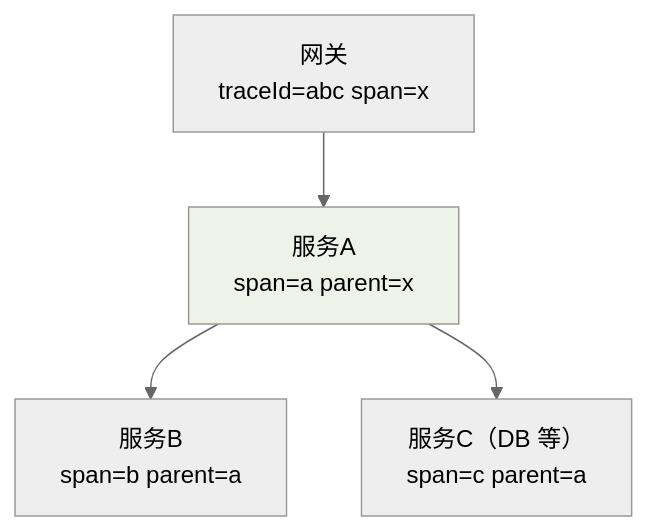
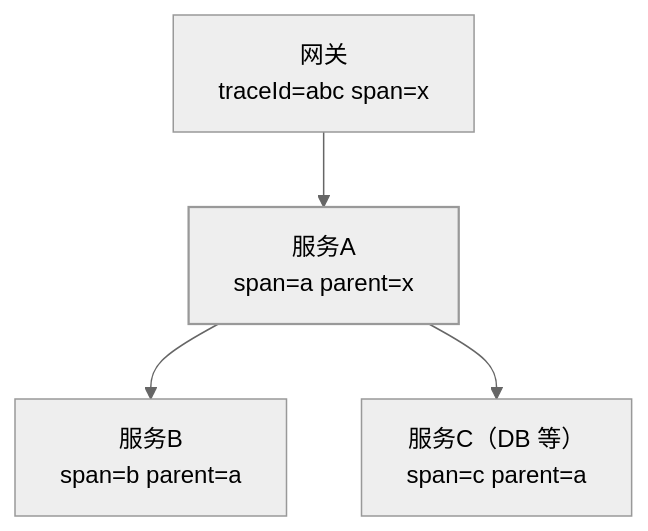
The first of 2 diagrams in src/content/docs/distributed/advanced/observability/01-distributed-tracing.md (Loadhao/ascension), drawn with Mermaid (neutral theme) before and after one commit. The commit also changed 87 other files, not shown here.

First line of the commit message:
fix: 全站图表配色改由主题接管，修复暗色主题下浅底浅字看不清

````diff
--- a/src/content/docs/distributed/advanced/observability/01-distributed-tracing.md
+++ b/src/content/docs/distributed/advanced/observability/01-distributed-tracing.md
@@ -20,7 +20,8 @@
 ```mermaid
 flowchart TB
     G["网关<br/>traceId=abc span=x"] --> A["服务A<br/>span=a parent=x"]
     A --> B["服务B<br/>span=b parent=a"]
     A --> C["服务C（DB 等）<br/>span=c parent=a"]
-    style A fill:#eef3ea
+    class A good
+    classDef good stroke-width:1.5px
 ```
````
